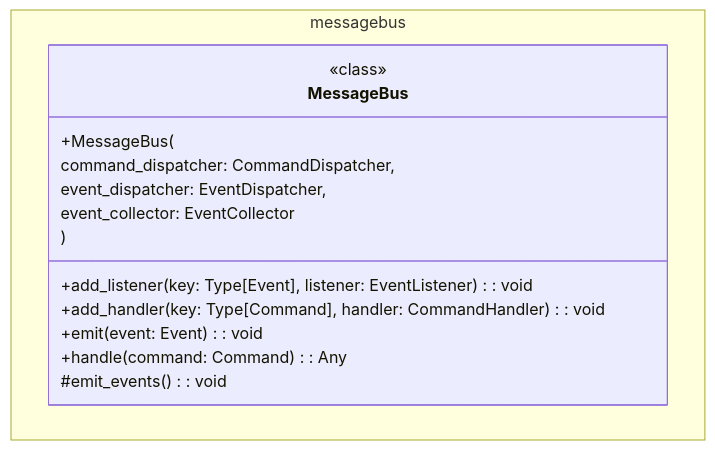
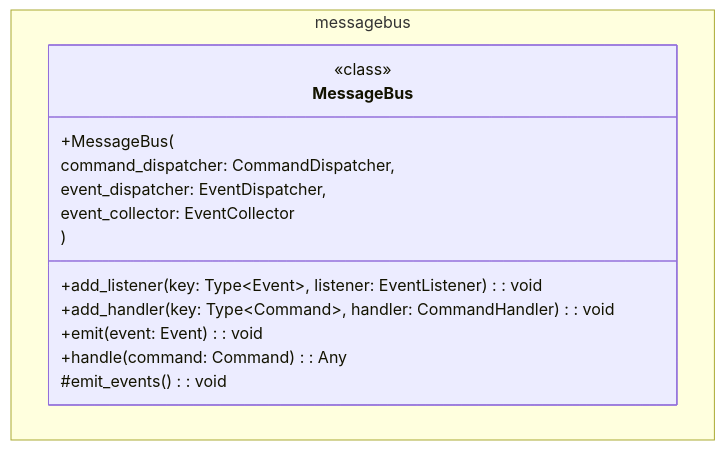
The seventh of 7 diagrams in docs/classes.md (donsprallo/wemux), drawn with Mermaid before and after one commit. The commit also changed other lines of this file and 6 other files, not shown here.

````diff
--- a/docs/classes.md
+++ b/docs/classes.md
@@ -119,18 +131,18 @@
 ```mermaid
 classDiagram
     namespace messagebus {
         class MessageBus {
             <<class>>
             +MessageBus(
             command_dispatcher: CommandDispatcher,
             event_dispatcher: EventDispatcher,
             event_collector: EventCollector
             )
-            +add_listener(key: Type[Event], listener: EventListener): void
-            +add_handler(key: Type[Command], handler: CommandHandler): void
+            +add_listener(key: Type~Event~, listener: EventListener): void
+            +add_handler(key: Type~Command~, handler: CommandHandler): void
             +emit(event: Event): void
             +handle(command: Command): Any
             #emit_events(): void
         }
     }
 ```
````
